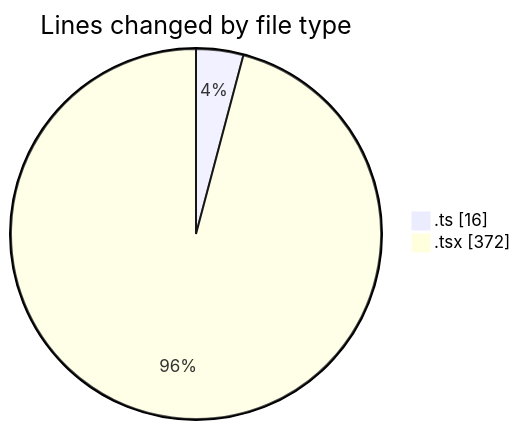
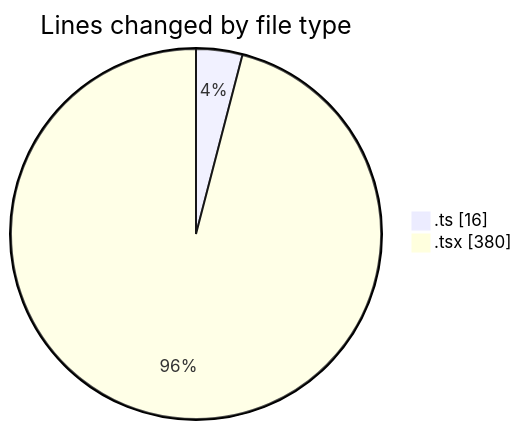
Before and after one commit to nxtqubesakshisongat/code-tracking: the first of 2 diagrams in 2026-04-15/airfeed-analytics-dashboard/README.md, drawn with Mermaid. The commit also changed other lines of this file and 1 other file, not shown here.

````diff
--- a/2026-04-15/airfeed-analytics-dashboard/README.md
+++ b/2026-04-15/airfeed-analytics-dashboard/README.md
@@ -25,6 +25,6 @@
 ```mermaid
 pie showData
 title Lines changed by file type
 ".ts" : 16
-".tsx" : 372
+".tsx" : 380
 ```
````
